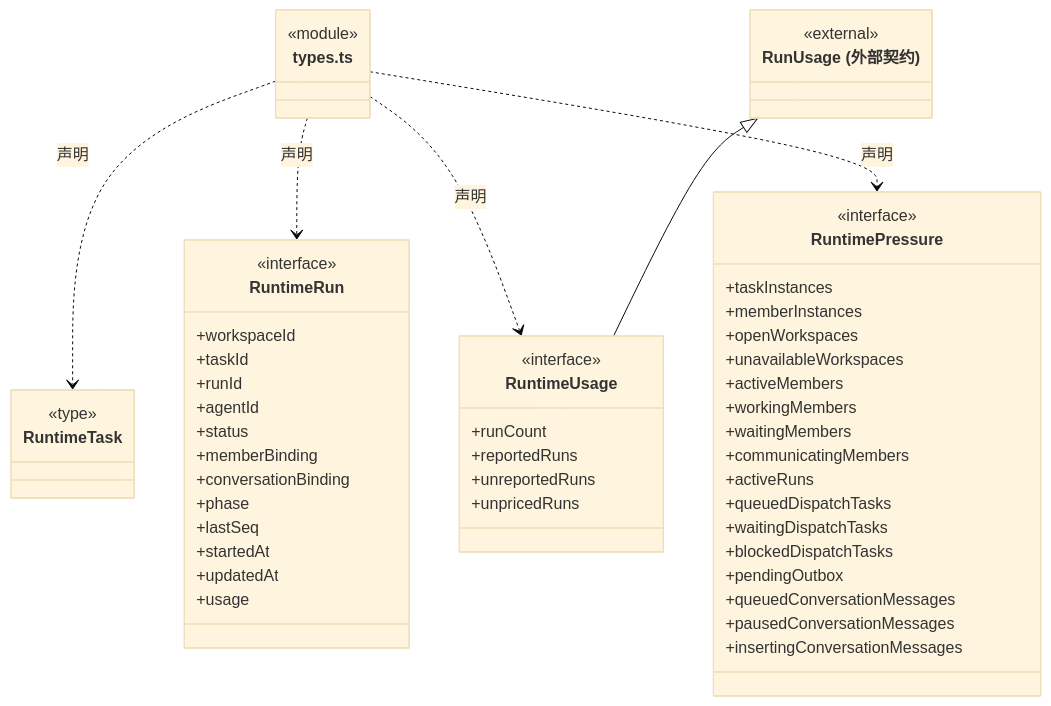
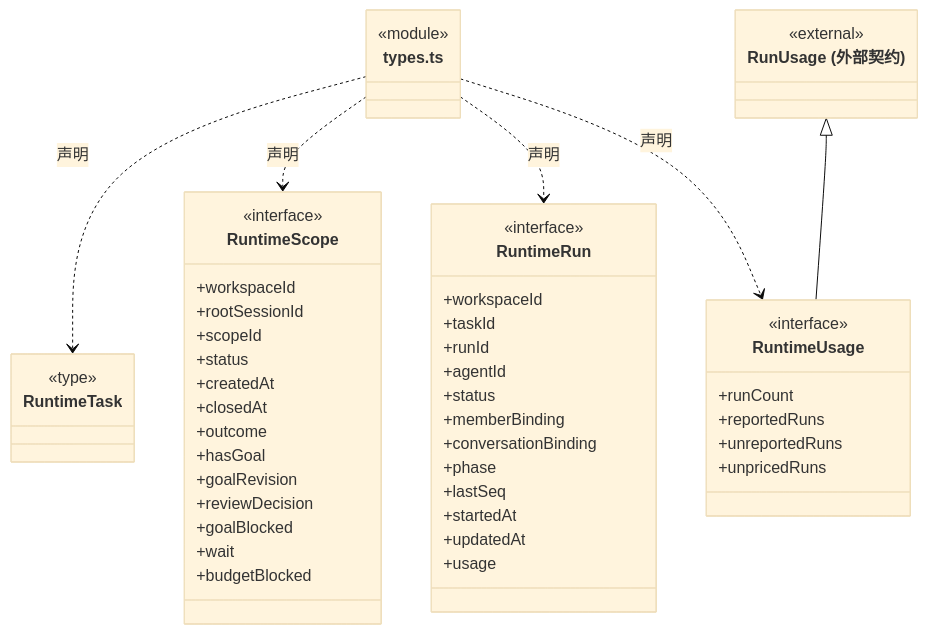
One commit to nan023062/cbim changed the ninth of 13 diagrams in src/backend/core/runtime/ARCHITECTURE.md. Above: the diagram before and after it, drawn with Mermaid (base theme). The commit also changed other lines of this file and 42 other files, not shown here.

````diff
--- a/src/backend/core/runtime/ARCHITECTURE.md
+++ b/src/backend/core/runtime/ARCHITECTURE.md
@@ -211,59 +236,56 @@
 ```mermaid
 classDiagram
 class N_src_backend_core_runtime_types_ts["types.ts"] {
   <<module>>
 }
 class N_src_backend_core_runtime_types_ts_RuntimeTask["RuntimeTask"] {
   <<type>>
 
 }
 N_src_backend_core_runtime_types_ts ..> N_src_backend_core_runtime_types_ts_RuntimeTask : 声明
+class N_src_backend_core_runtime_types_ts_RuntimeScope["RuntimeScope"] {
+  <<interface>>
+  +workspaceId
+  +rootSessionId
+  +scopeId
+  +status
+  +createdAt
+  +closedAt
+  +outcome
+  +hasGoal
+  +goalRevision
+  +reviewDecision
+  +goalBlocked
+  +wait
+  +budgetBlocked
+}
+N_src_backend_core_runtime_types_ts ..> N_src_backend_core_runtime_types_ts_RuntimeScope : 声明
 class N_src_backend_core_runtime_types_ts_RuntimeRun["RuntimeRun"] {
   <<interface>>
   +workspaceId
   +taskId
   +runId
   +agentId
   +status
   +memberBinding
   +conversationBinding
   +phase
   +lastSeq
   +startedAt
   +updatedAt
   +usage
 }
 N_src_backend_core_runtime_types_ts ..> N_src_backend_core_runtime_types_ts_RuntimeRun : 声明
 class N_src_backend_core_runtime_types_ts_RuntimeUsage["RuntimeUsage"] {
   <<interface>>
   +runCount
   +reportedRuns
   +unreportedRuns
   +unpricedRuns
 }
 N_src_backend_core_runtime_types_ts ..> N_src_backend_core_runtime_types_ts_RuntimeUsage : 声明
 class N_src_backend_core_runtime_types_ts_external_RunUsage["RunUsage (外部契约)"] {
   <<external>>
 }
 N_src_backend_core_runtime_types_ts_external_RunUsage <|-- N_src_backend_core_runtime_types_ts_RuntimeUsage
-class N_src_backend_core_runtime_types_ts_RuntimePressure["RuntimePressure"] {
-  <<interface>>
-  +taskInstances
-  +memberInstances
-  +openWorkspaces
-  +unavailableWorkspaces
-  +activeMembers
-  +workingMembers
-  +waitingMembers
-  +communicatingMembers
-  +activeRuns
-  +queuedDispatchTasks
-  +waitingDispatchTasks
-  +blockedDispatchTasks
-  +pendingOutbox
-  +queuedConversationMessages
-  +pausedConversationMessages
-  +insertingConversationMessages
-}
-N_src_backend_core_runtime_types_ts ..> N_src_backend_core_runtime_types_ts_RuntimePressure : 声明
 ```
````
